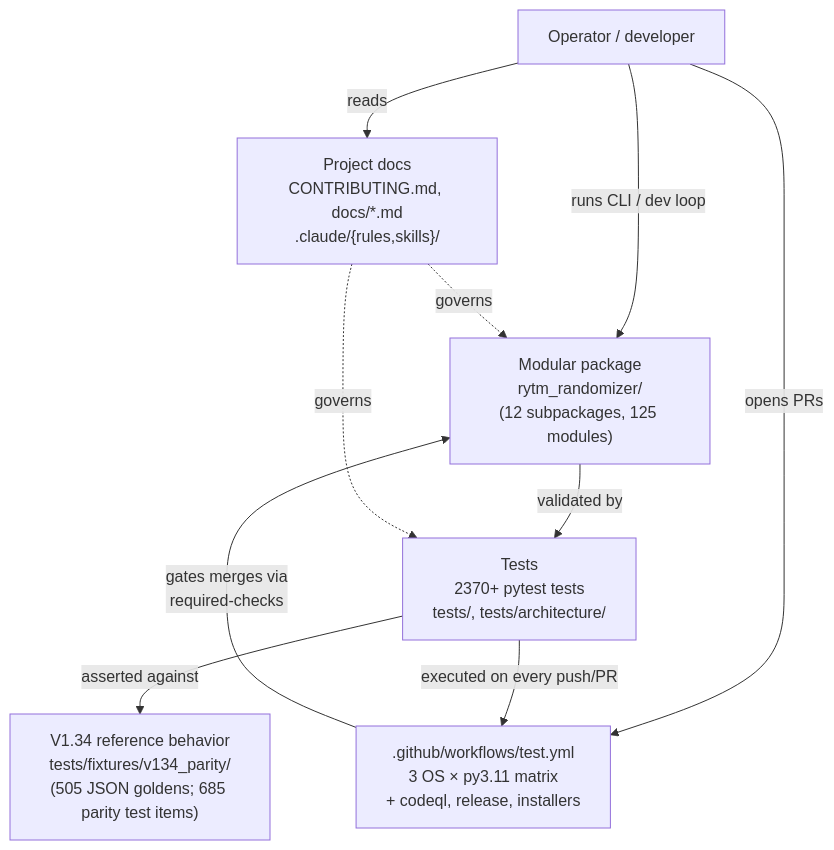
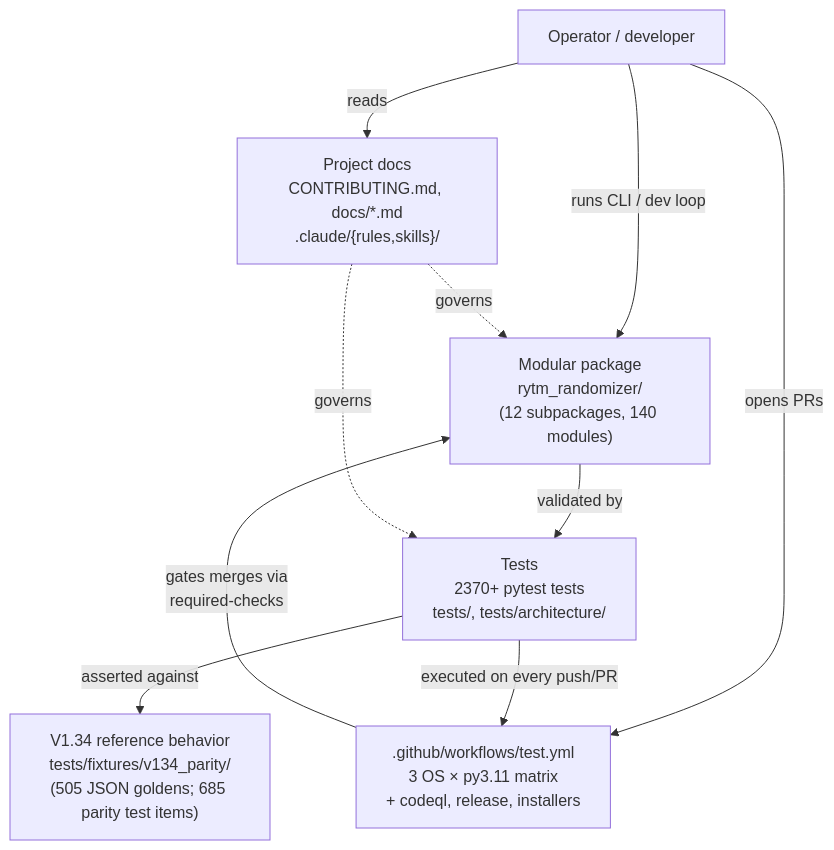
Before and after one commit to buzzijose-hub/RytmRandomizer: the first of 26 diagrams in docs/ARCHITECTURE_DIAGRAMS.md, drawn with Mermaid. The commit also changed other lines of this file and 15 other files, not shown here.

````diff
--- a/docs/ARCHITECTURE_DIAGRAMS.md
+++ b/docs/ARCHITECTURE_DIAGRAMS.md
@@ -47,22 +47,22 @@
 ```mermaid
 flowchart TB
     User["Operator / developer"]
     V134["V1.34 reference behavior<br/>tests/fixtures/v134_parity/<br/>(505 JSON goldens; 685 parity test items)"]
-    Package["Modular package<br/>rytm_randomizer/<br/>(12 subpackages, 125 modules)"]
+    Package["Modular package<br/>rytm_randomizer/<br/>(12 subpackages, 140 modules)"]
     Tests["Tests<br/>2370+ pytest tests<br/>tests/, tests/architecture/"]
     CI[".github/workflows/test.yml<br/>3 OS × py3.11 matrix<br/>+ codeql, release, installers"]
     Docs["Project docs<br/>CONTRIBUTING.md, docs/*.md<br/>.claude/{rules,skills}/"]
 
     User -->|"runs CLI / dev loop"| Package
     User -->|"opens PRs"| CI
     User -->|"reads"| Docs
 
     Package -->|"validated by"| Tests
     Tests -->|"asserted against"| V134
     Tests -->|"executed on every push/PR"| CI
 
     CI -->|"gates merges via<br/>required-checks"| Package
 
     Docs -.->|"governs"| Package
     Docs -.->|"governs"| Tests
 ```
````
